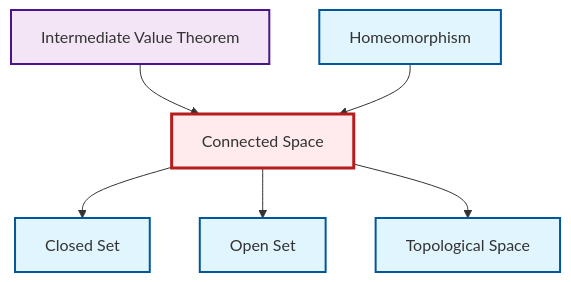
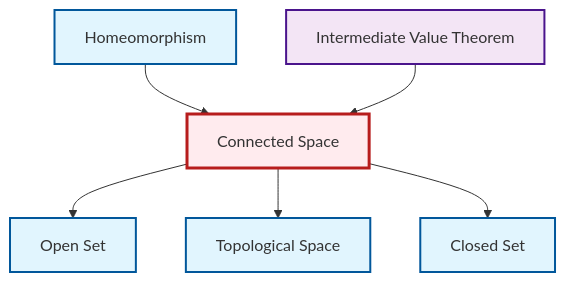
The diagram in output/mermaid/en/def-connected.mermaid (RK0429/ModernMath), drawn with Mermaid before and after one commit. The commit also changed other lines of this file and 3094 other files, not shown here.

```diff
--- a/output/mermaid/en/def-connected.mermaid
+++ b/output/mermaid/en/def-connected.mermaid
@@ -1,18 +1,18 @@
 graph TD
     classDef definition fill:#e1f5fe,stroke:#01579b,stroke-width:2px
     classDef theorem fill:#f3e5f5,stroke:#4a148c,stroke-width:2px
     classDef axiom fill:#fff3e0,stroke:#e65100,stroke-width:2px
     classDef example fill:#e8f5e9,stroke:#1b5e20,stroke-width:2px
     classDef current fill:#ffebee,stroke:#b71c1c,stroke-width:3px
+    thm-intermediate-value["Intermediate Value Theorem"]:::theorem
+    def-homeomorphism["Homeomorphism"]:::definition
     def-open-set["Open Set"]:::definition
+    def-closed-set["Closed Set"]:::definition
     def-connected["Connected Space"]:::definition
     def-topological-space["Topological Space"]:::definition
-    thm-intermediate-value["Intermediate Value Theorem"]:::theorem
-    def-closed-set["Closed Set"]:::definition
-    def-homeomorphism["Homeomorphism"]:::definition
-    def-connected --> def-closed-set
-    thm-intermediate-value --> def-connected
-    def-homeomorphism --> def-connected
     def-connected --> def-open-set
     def-connected --> def-topological-space
+    def-connected --> def-closed-set
+    def-homeomorphism --> def-connected
+    thm-intermediate-value --> def-connected
     class def-connected current
```
